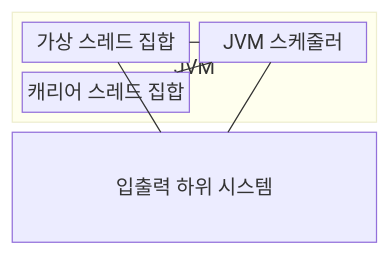
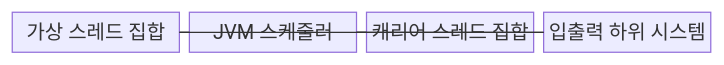
The first of 2 diagrams in src/content/docs/notes/03-software/025_virtual_thread.md (agnusdei1207/knowledge-base), drawn with Mermaid before and after one commit. The commit also changed other lines of this file and 493 other files, not shown here.

````diff
--- a/src/content/docs/notes/03-software/025_virtual_thread.md
+++ b/src/content/docs/notes/03-software/025_virtual_thread.md
@@ -68,15 +68,9 @@
 ```mermaid
-block
-    columns 1
-    block:JVM["JVM"]
-        columns 2
-        V["가상 스레드 집합"]
-        S["JVM 스케줄러"]
-        C["캐리어 스레드 집합"]
-    end
-    I["입출력 하위 시스템"]
-    V --- S
-    S --- C
-    V --- I
-    I --- S
+block-beta
+  columns 4
+  V["가상 스레드 집합"] S["JVM 스케줄러"] C["캐리어 스레드 집합"] I["입출력 하위 시스템"]
+  V --- S
+  S --- C
+  V --- I
+  I --- S
 ```
````
